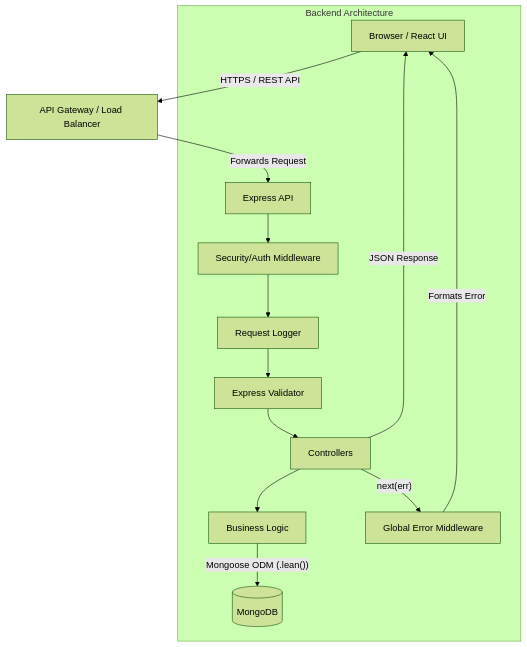
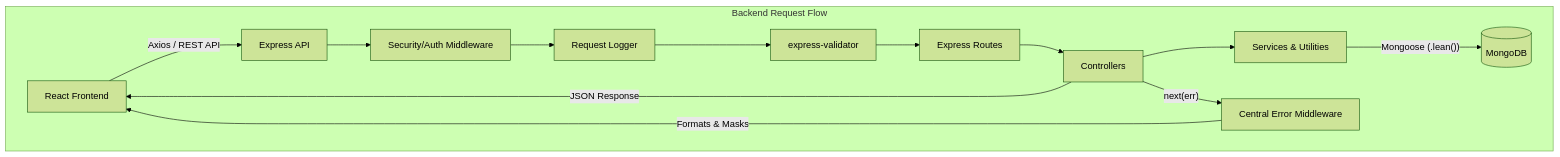
The first of 2 diagrams in README.md (biswajitrout123/SplitSmart), drawn with Mermaid (forest theme) before and after one commit. The commit also changed other lines of this file, not shown here.

````diff
--- a/README.md
+++ b/README.md
@@ -58,23 +57,22 @@
 ```mermaid
 graph TD
-    Client[Browser / React UI]
-    Proxy[API Gateway / Load Balancer]
+    Client[React Frontend]
     Server[Express API]
     DB[(MongoDB)]
     
-    Client -- "HTTPS / REST API" --> Proxy
-    Proxy -- "Forwards Request" --> Server
+    Client -- "Axios / REST API" --> Server
     
-    subgraph Backend Architecture
+    subgraph Backend Request Flow
         Server --> SecMW[Security/Auth Middleware]
         SecMW --> Logger[Request Logger]
-        Logger --> Validator[Express Validator]
-        Validator --> Controllers[Controllers]
-        Controllers --> Services[Business Logic]
-        Services -- "Mongoose ODM (.lean())" --> DB
-        Controllers -- "next(err)" --> ErrorMW[Global Error Middleware]
-        ErrorMW -- "Formats Error" --> Client
+        Logger --> Validator[express-validator]
+        Validator --> Routes[Express Routes]
+        Routes --> Controllers[Controllers]
+        Controllers --> Services[Services & Utilities]
+        Services -- "Mongoose (.lean())" --> DB
+        Controllers -- "next(err)" --> ErrorMW[Central Error Middleware]
+        ErrorMW -- "Formats & Masks" --> Client
     end
     
     Controllers -- "JSON Response" --> Client
 ```
````
